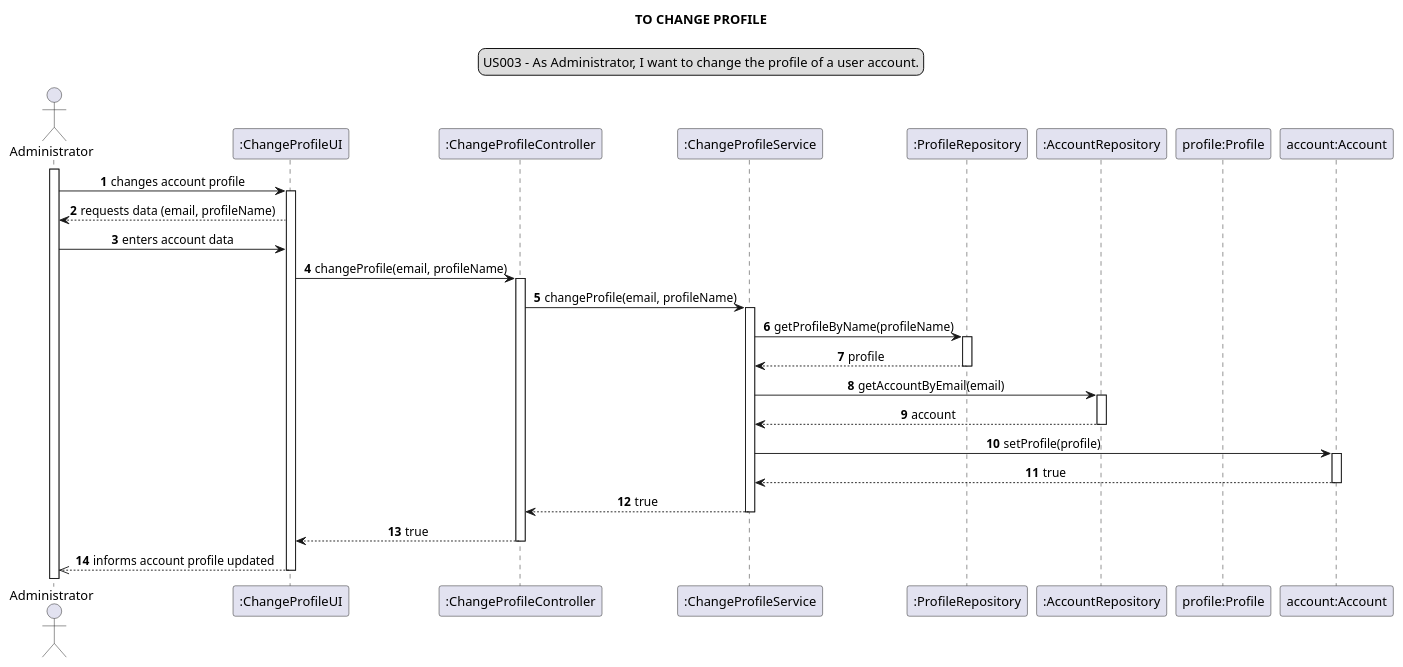
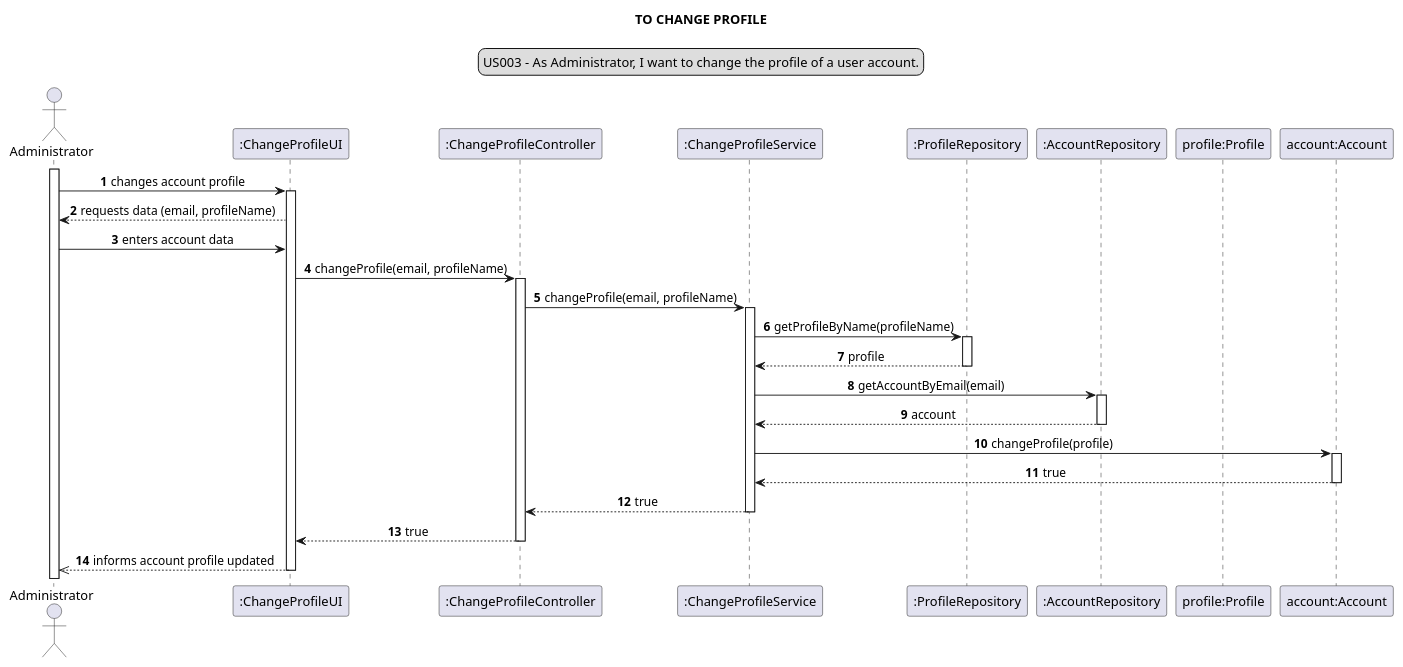
One commit to Loracline/project_switch_22-23 changed the diagram in docs/modelling_design/user_stories/sprint01/us003/US003_sequenceDiagram_ddd.puml. Above: the diagram before and after it, drawn with PlantUML.

Commit message:
US003: Design: Update Sequence Diagram (DDD and onion architecture implementation), addresses #394

```diff
--- a/docs/modelling_design/user_stories/sprint01/us003/US003_sequenceDiagram_ddd.puml
+++ b/docs/modelling_design/user_stories/sprint01/us003/US003_sequenceDiagram_ddd.puml
@@ -1,48 +1,48 @@
 @startuml
 
 actor Administrator
 participant ":ChangeProfileUI" as ui
 participant ":ChangeProfileController" as controller
 participant ":ChangeProfileService" as service
 participant ":ProfileRepository" as profileRepository
 participant ":AccountRepository" as accountRepository
 participant "profile:Profile" as pf
 participant "account:Account" as account
 
 
 skinparam sequenceMessageAlign center
 title TO CHANGE PROFILE
 legend top
 US003 - As Administrator, I want to change the profile of a user account.
 end legend
 autonumber
 
 activate Administrator
 Administrator -> ui:  changes account profile
 activate ui
 Administrator <-- ui:  requests data (email, profileName)
 Administrator -> ui:  enters account data
 ui -> controller: changeProfile(email, profileName)
 activate controller
 controller -> service: changeProfile(email, profileName)
 activate service
 service -> profileRepository: getProfileByName(profileName)
 activate profileRepository
 service <-- profileRepository: profile
 deactivate profileRepository
 service -> accountRepository: getAccountByEmail(email)
 activate accountRepository
 service <-- accountRepository: account
 deactivate accountRepository
-service -> account: setProfile(profile)
+service -> account: changeProfile(profile)
 activate account
 service <-- account: true
 deactivate account
 controller <-- service: true
 deactivate service
 controller --> ui: true
 deactivate controller
 ui -->> Administrator: informs account profile updated
 deactivate ui
 
 @enduml
```
